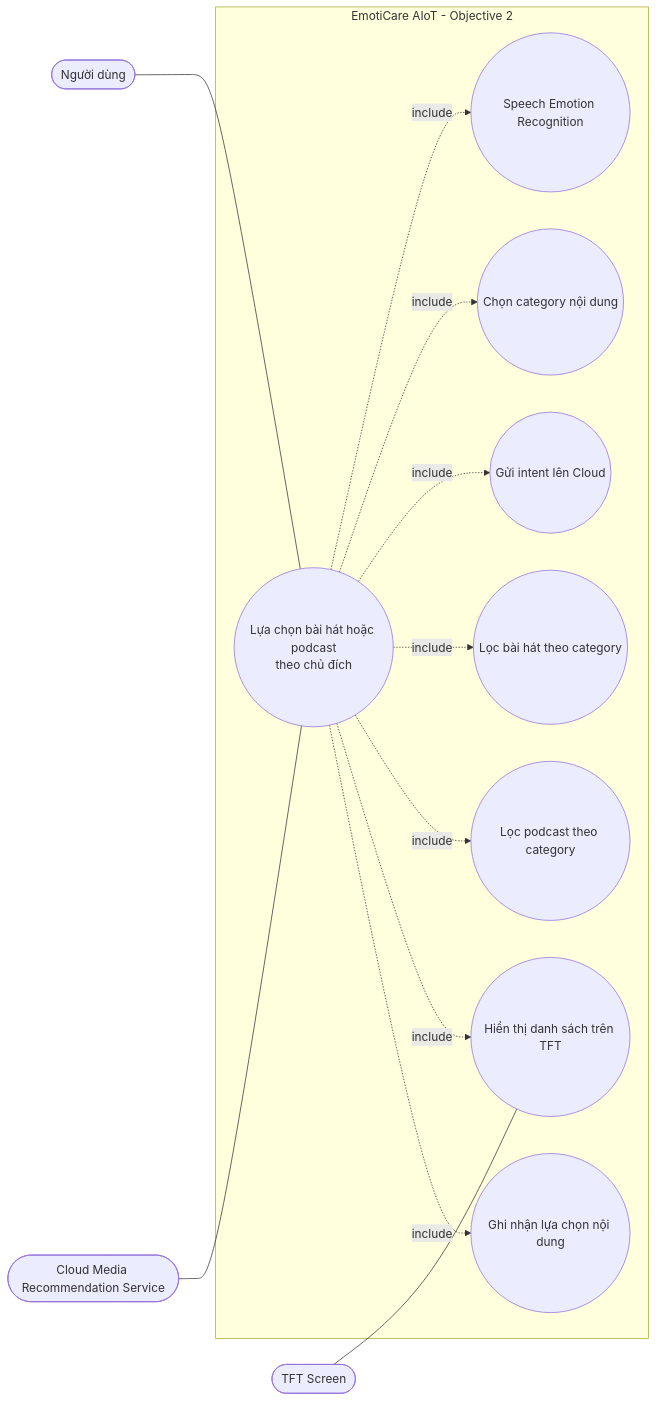
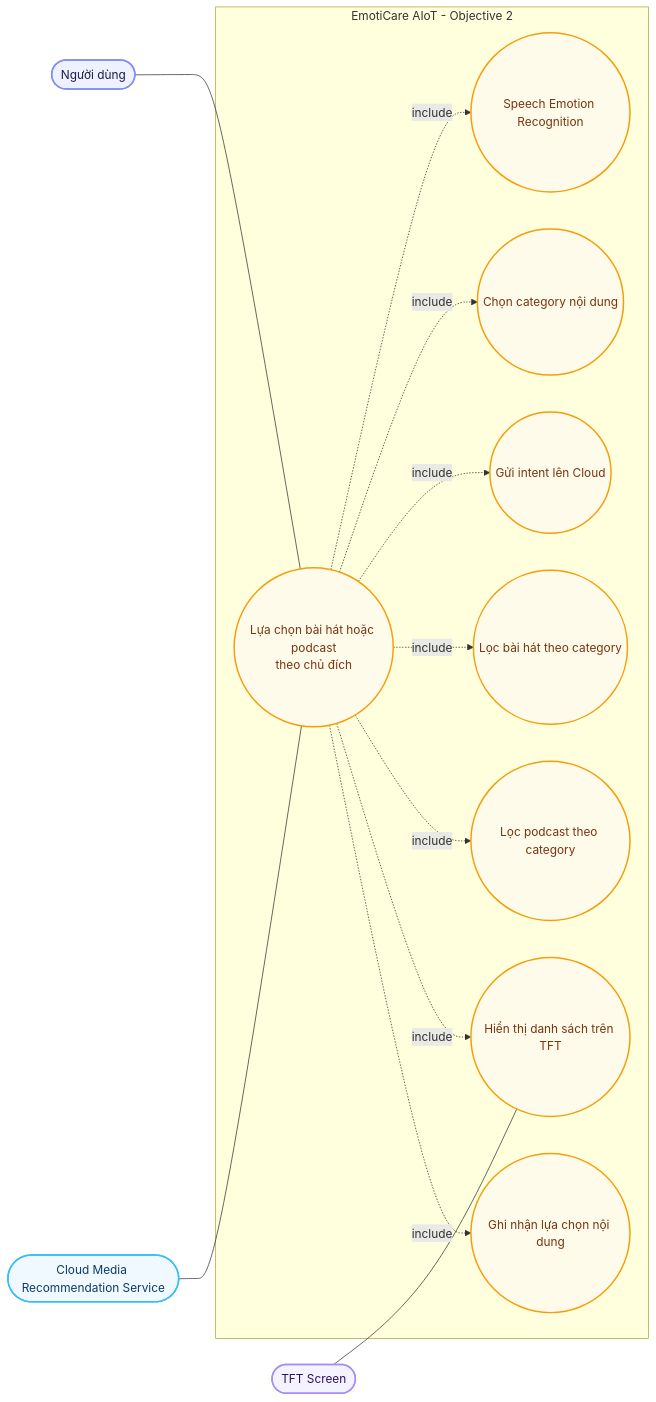
One commit to Computer-Vision-HCMUS/AIoT-Server changed the seventh of 12 diagrams in docs/Spectification/EmotiCareAIoT/03_Objectives.md. Above: the diagram before and after it, drawn with Mermaid. The commit also changed other lines of this file and 88 other files, not shown here.

````diff
--- a/docs/Spectification/EmotiCareAIoT/03_Objectives.md
+++ b/docs/Spectification/EmotiCareAIoT/03_Objectives.md
@@ -310,28 +388,40 @@
 ```mermaid
 flowchart LR
     User(["Người dùng"])
     Cloud(["Cloud Media Recommendation Service"])
     TFT(["TFT Screen"])
 
     subgraph System["EmotiCare AIoT - Objective 2"]
         UC03(("Lựa chọn bài hát hoặc podcast\ntheo chủ đích"))
         UC01(("Speech Emotion Recognition"))
         UC03A(("Chọn category nội dung"))
         UC03B(("Gửi intent lên Cloud"))
         UC03C(("Lọc bài hát theo category"))
         UC03D(("Lọc podcast theo category"))
         UC03E(("Hiển thị danh sách trên TFT"))
         UC03F(("Ghi nhận lựa chọn nội dung"))
     end
 
     User --- UC03
     Cloud --- UC03
     TFT --- UC03E
     UC03 -. "include" .-> UC01
     UC03 -. "include" .-> UC03A
     UC03 -. "include" .-> UC03B
     UC03 -. "include" .-> UC03C
     UC03 -. "include" .-> UC03D
     UC03 -. "include" .-> UC03E
     UC03 -. "include" .-> UC03F
+
+
+    classDef userNode stroke:#818cf8,fill:#eef2ff,stroke-width:2px,color:#1e1b4b
+    classDef edgeNode stroke:#a78bfa,fill:#f5f3ff,stroke-width:2px,color:#2e1065
+    classDef cacheNode stroke:#2dd4bf,fill:#f0fdfa,stroke-width:2px,color:#0d5a57
+    classDef cloudNode stroke:#38bdf8,fill:#f0f9ff,stroke-width:2px,color:#0c3d67
+    classDef serviceNode stroke:#4ade80,fill:#f0fdf4,stroke-width:2px,color:#1a3a1a
+    classDef actionNode stroke:#f59e0b,fill:#fffbeb,stroke-width:2px,color:#78350f
+    class User userNode
+    class TFT edgeNode
+    class Cloud cloudNode
+    class UC03,UC01,UC03A,UC03B,UC03C,UC03D,UC03E,UC03F actionNode
 ```
````
